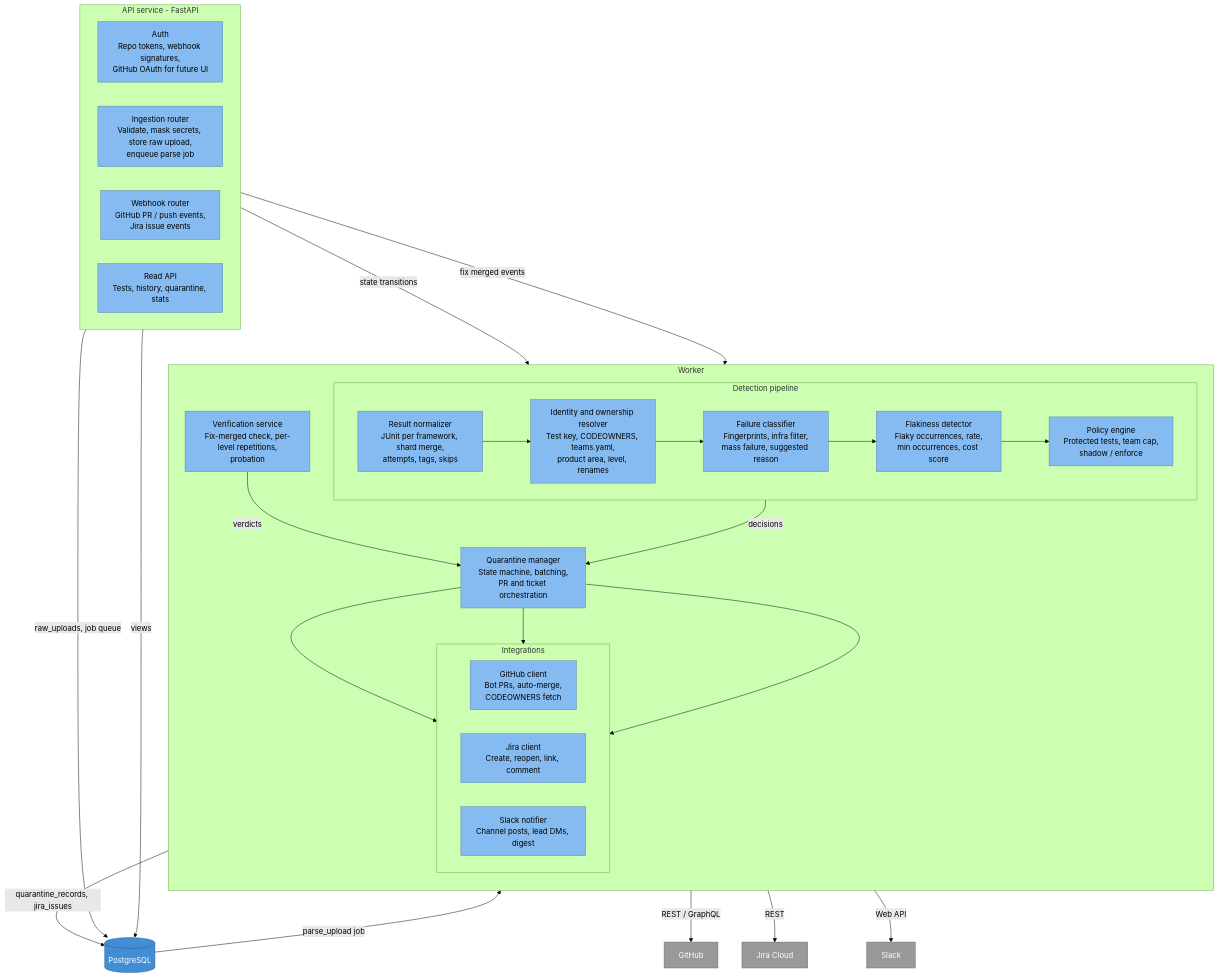
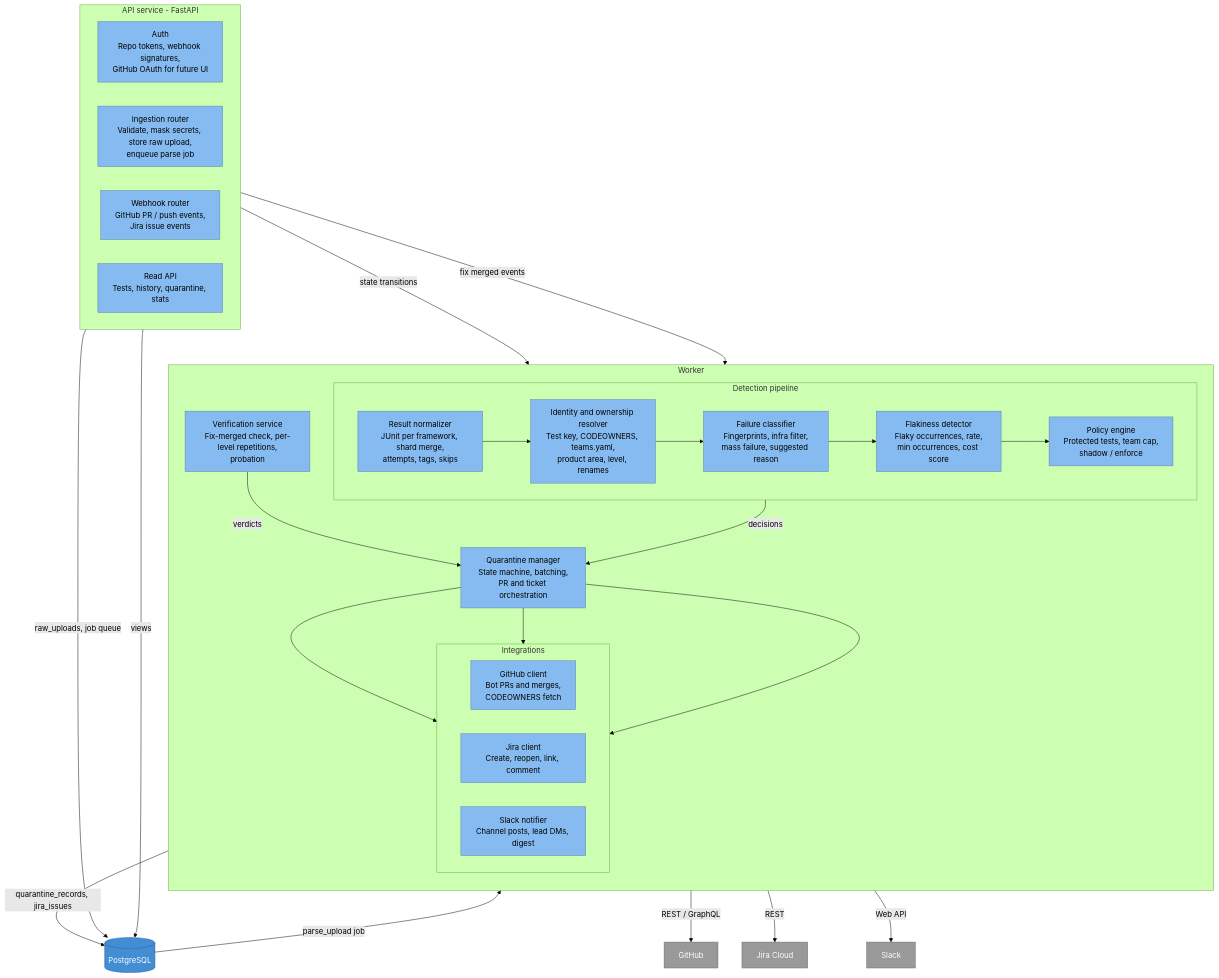
The third of 12 diagrams in docs/architecture.md (IrynaShkvirko/quarantine-tests), drawn with Mermaid (forest theme) before and after one commit. The commit also changed other lines of this file and 3 other files, not shown here.

````diff
--- a/docs/architecture.md
+++ b/docs/architecture.md
@@ -476,58 +477,58 @@
 ```mermaid
 flowchart TB
   subgraph apiB["API service - FastAPI"]
     direction LR
     auth["Auth<br/>Repo tokens, webhook signatures,<br/>GitHub OAuth for future UI"]
     ingest["Ingestion router<br/>Validate, mask secrets, store raw upload,<br/>enqueue parse job"]
     hooks["Webhook router<br/>GitHub PR / push events,<br/>Jira issue events"]
     read["Read API<br/>Tests, history, quarantine, stats"]
   end
 
   subgraph workerB["Worker"]
     direction TB
     subgraph pipeline["Detection pipeline"]
       direction LR
       norm["Result normalizer<br/>JUnit per framework, shard merge,<br/>attempts, tags, skips"]
       resolver["Identity and ownership resolver<br/>Test key, CODEOWNERS, teams.yaml,<br/>product area, level, renames"]
       classifier["Failure classifier<br/>Fingerprints, infra filter,<br/>mass failure, suggested reason"]
       detector["Flakiness detector<br/>Flaky occurrences, rate,<br/>min occurrences, cost score"]
       policy["Policy engine<br/>Protected tests, team cap,<br/>shadow / enforce"]
       norm --> resolver --> classifier --> detector --> policy
     end
     qm["Quarantine manager<br/>State machine, batching,<br/>PR and ticket orchestration"]
     verify["Verification service<br/>Fix-merged check, per-level repetitions,<br/>probation"]
     subgraph integ["Integrations"]
       direction LR
-      ghc["GitHub client<br/>Bot PRs, auto-merge,<br/>CODEOWNERS fetch"]
+      ghc["GitHub client<br/>Bot PRs and merges,<br/>CODEOWNERS fetch"]
       jc["Jira client<br/>Create, reopen, link, comment"]
       sn["Slack notifier<br/>Channel posts, lead DMs, digest"]
     end
     policy -->|decisions| qm
     verify -->|verdicts| qm
     qm --> ghc
     qm --> jc
     qm --> sn
   end
 
   db[("PostgreSQL")]
   github["GitHub"]
   jira["Jira Cloud"]
   slack["Slack"]
 
   ingest -->|raw_uploads, job queue| db
   db -->|parse_upload job| norm
   hooks -->|state transitions| qm
   hooks -->|fix merged events| verify
   read -->|views| db
   qm -->|quarantine_records, jira_issues| db
   ghc -->|REST / GraphQL| github
   jc -->|REST| jira
   sn -->|Web API| slack
 
   classDef comp fill:#85bbf0,stroke:#5d82a8,color:#000
   classDef ext fill:#999999,stroke:#6b6b6b,color:#fff
   classDef store fill:#438dd5,stroke:#2e6295,color:#fff
   class auth,ingest,hooks,read,norm,resolver,classifier,detector,policy,qm,verify,ghc,jc,sn comp
   class github,jira,slack ext
   class db store
 ```
````
